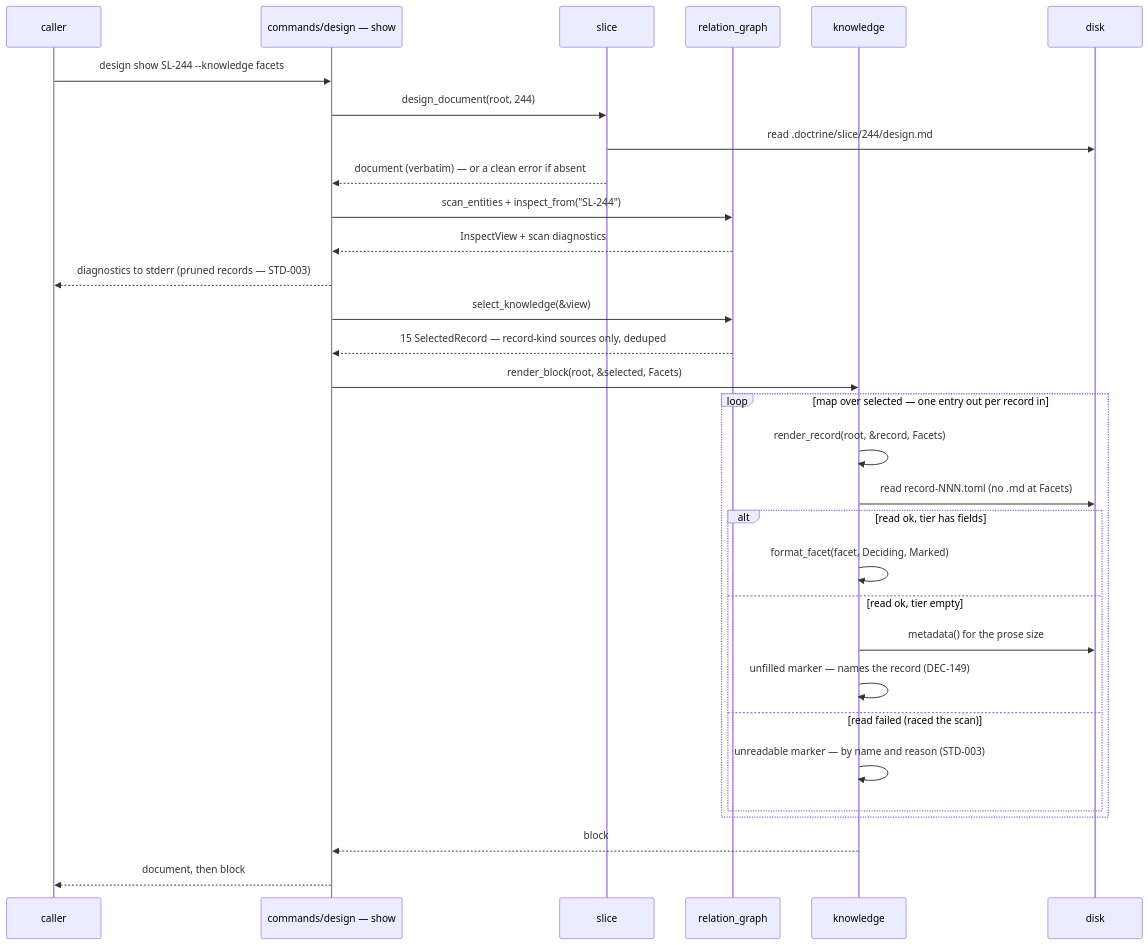
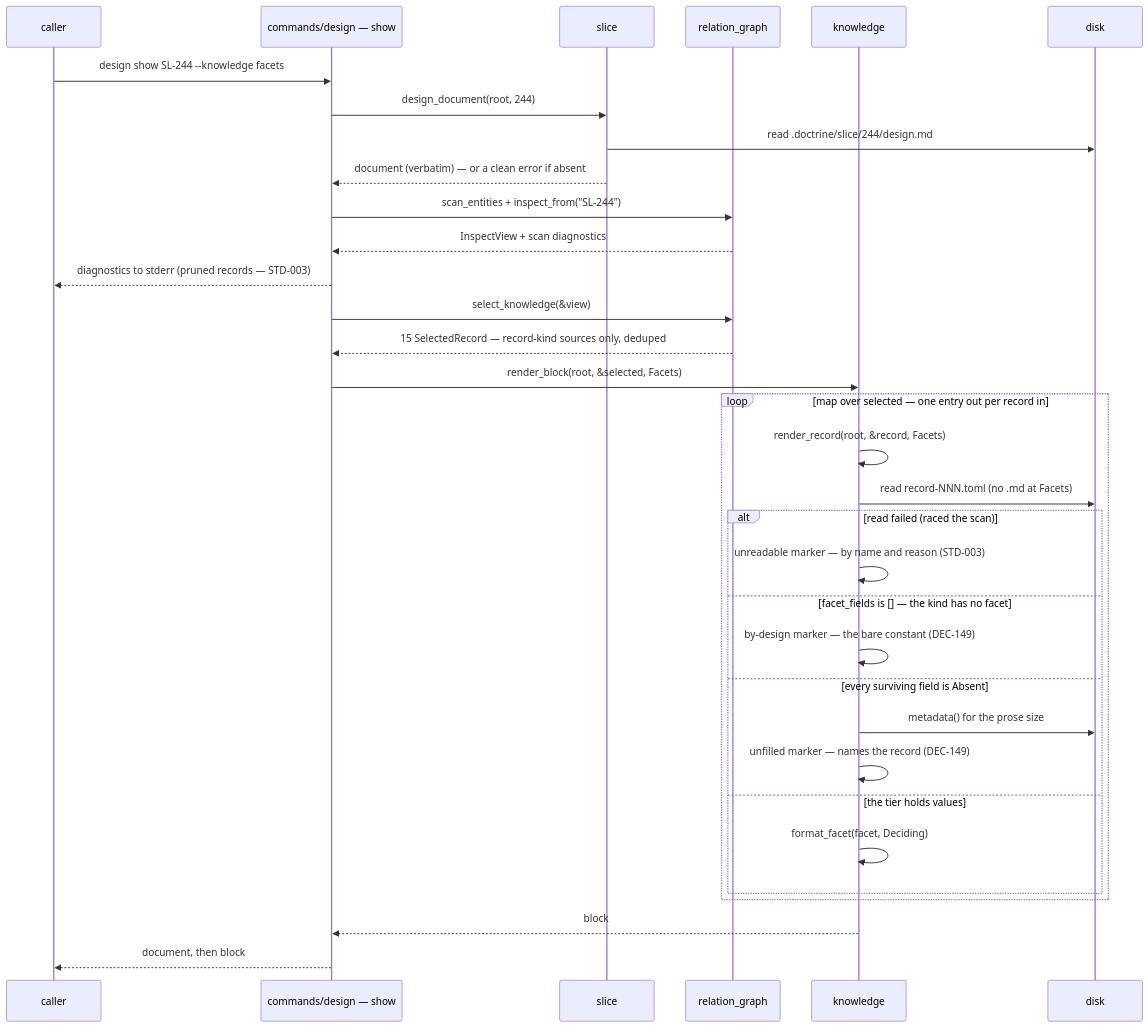
The third of 3 diagrams in .doctrine/slice/246/design.md (davidlee/doctrine), drawn with Mermaid before and after one commit. The commit also changed other lines of this file and 2 other files, not shown here.

First line of the commit message:
design(SL-246): integrate RV-370 round 4 - F-23..F-27, EmptyPolicy withdrawn

````diff
--- a/.doctrine/slice/246/design.md
+++ b/.doctrine/slice/246/design.md
@@ -1051,34 +1086,36 @@
 ```mermaid
 sequenceDiagram
   participant U as caller
   participant C as commands/design — show
   participant S as slice
   participant RG as relation_graph
   participant K as knowledge
   participant FS as disk
 
   U->>C: design show SL-244 --knowledge facets
   C->>S: design_document(root, 244)
   S->>FS: read .doctrine/slice/244/design.md
   S-->>C: document (verbatim) — or a clean error if absent
   C->>RG: scan_entities + inspect_from("SL-244")
   RG-->>C: InspectView + scan diagnostics
   C-->>U: diagnostics to stderr (pruned records — STD-003)
   C->>RG: select_knowledge(&view)
   RG-->>C: 15 SelectedRecord — record-kind sources only, deduped
   C->>K: render_block(root, &selected, Facets)
   loop map over selected — one entry out per record in
     K->>K: render_record(root, &record, Facets)
     K->>FS: read record-NNN.toml (no .md at Facets)
-    alt read ok, tier has fields
-      K->>K: format_facet(facet, Deciding, Marked)
-    else read ok, tier empty
+    alt read failed (raced the scan)
+      K->>K: unreadable marker — by name and reason (STD-003)
+    else facet_fields is [] — the kind has no facet
+      K->>K: by-design marker — the bare constant (DEC-149)
+    else every surviving field is Absent
       K->>FS: metadata() for the prose size
       K->>K: unfilled marker — names the record (DEC-149)
-    else read failed (raced the scan)
-      K->>K: unreadable marker — by name and reason (STD-003)
+    else the tier holds values
+      K->>K: format_facet(facet, Deciding)
     end
   end
   K-->>C: block
   C-->>U: document, then block
 ```
````
